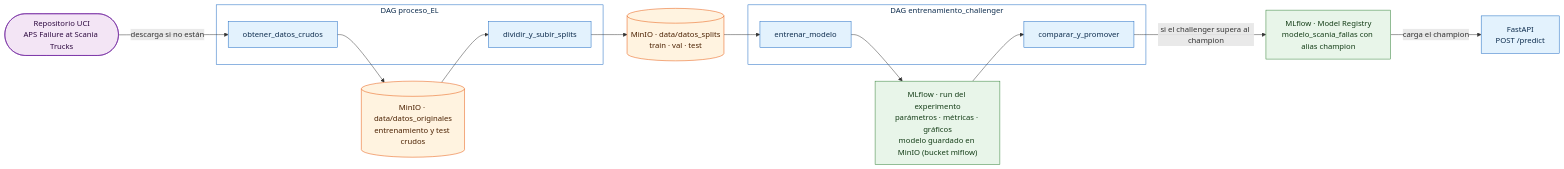
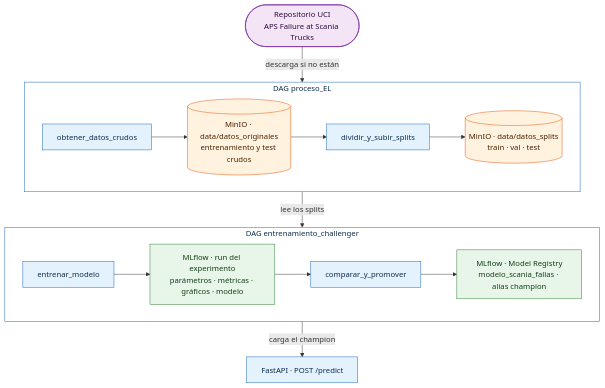
The diagram in README.md (gonza29811/TP-MLOps), drawn with Mermaid before and after one commit. The commit also changed 3 other files, not shown here.

Commit message:
Actualizar diagrama del README, redactar la documentación en forma impersonal y quitar referencias al script eliminado

````diff
--- a/README.md
+++ b/README.md
@@ -32,41 +32,39 @@
 ```mermaid
-flowchart LR
+flowchart TB
     UCI(["Repositorio UCI<br/>APS Failure at Scania Trucks"])
 
     subgraph EL["DAG proceso_EL"]
+        direction LR
         T1["obtener_datos_crudos"]
+        D1[("MinIO · data/datos_originales<br/>entrenamiento y test crudos")]
         T2["dividir_y_subir_splits"]
+        D2[("MinIO · data/datos_splits<br/>train · val · test")]
+        T1 --> D1 --> T2 --> D2
     end
 
     subgraph TR["DAG entrenamiento_challenger"]
+        direction LR
         T3["entrenar_modelo"]
+        RUN["MLflow · run del experimento<br/>parámetros · métricas · gráficos · modelo"]
         T4["comparar_y_promover"]
+        REG["MLflow · Model Registry<br/>modelo_scania_fallas · alias champion"]
+        T3 --> RUN --> T4 --> REG
     end
 
-    D1[("MinIO · data/datos_originales<br/>entrenamiento y test crudos")]
-    D2[("MinIO · data/datos_splits<br/>train · val · test")]
-    RUN["MLflow · run del experimento<br/>parámetros · métricas · gráficos<br/>modelo guardado en MinIO (bucket mlflow)"]
-    REG["MLflow · Model Registry<br/>modelo_scania_fallas con alias champion"]
-    API["FastAPI<br/>POST /predict"]
+    API["FastAPI · POST /predict"]
 
-    UCI -->|"descarga si no están"| T1
-    T1 --> D1
-    D1 --> T2
-    T2 --> D2
-    D2 --> T3
-    T3 --> RUN
-    RUN --> T4
-    T4 -->|"si el challenger supera al champion"| REG
-    REG -->|"carga el champion"| API
+    UCI -->|"descarga si no están"| EL
+    EL -->|"lee los splits"| TR
+    TR -->|"carga el champion"| API
 
     classDef task fill:#e3f2fd,stroke:#1565c0,color:#0d2c4d
     classDef storage fill:#fff3e0,stroke:#e65100,color:#4a2000
     classDef mlflow fill:#e8f5e9,stroke:#2e7d32,color:#143d17
     classDef ext fill:#f3e5f5,stroke:#6a1b9a,color:#2e0a40
     classDef dag fill:#ffffff,stroke:#1565c0,color:#0d2c4d
     class T1,T2,T3,T4,API task
     class D1,D2 storage
     class RUN,REG mlflow
     class UCI ext
     class EL,TR dag
 ```
````
